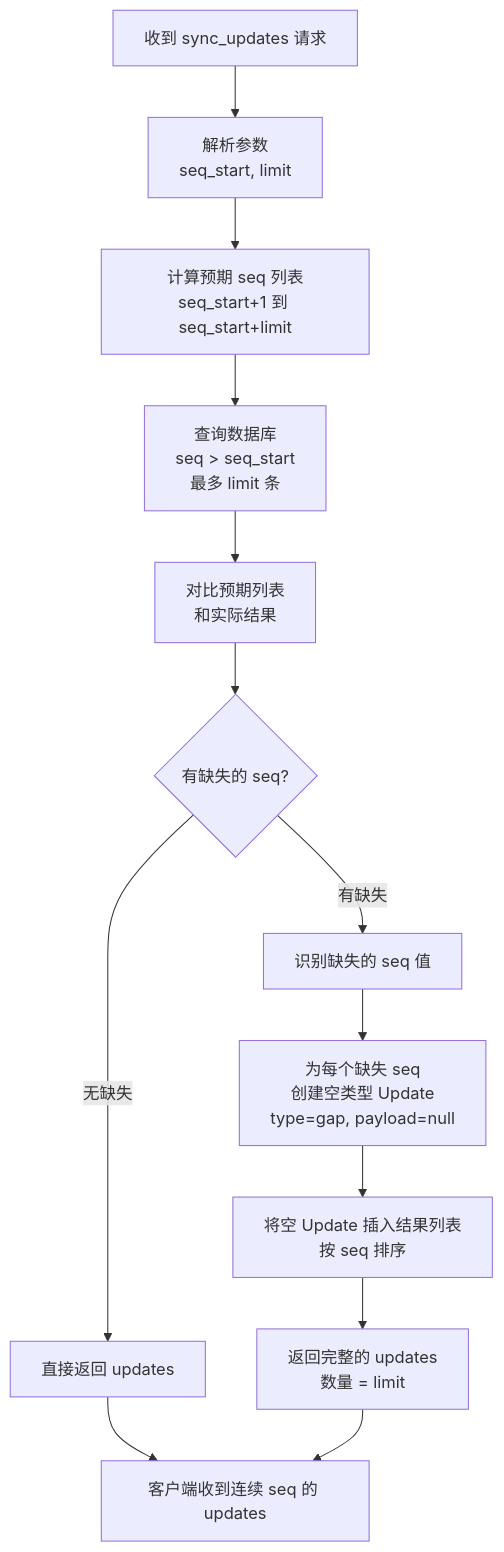
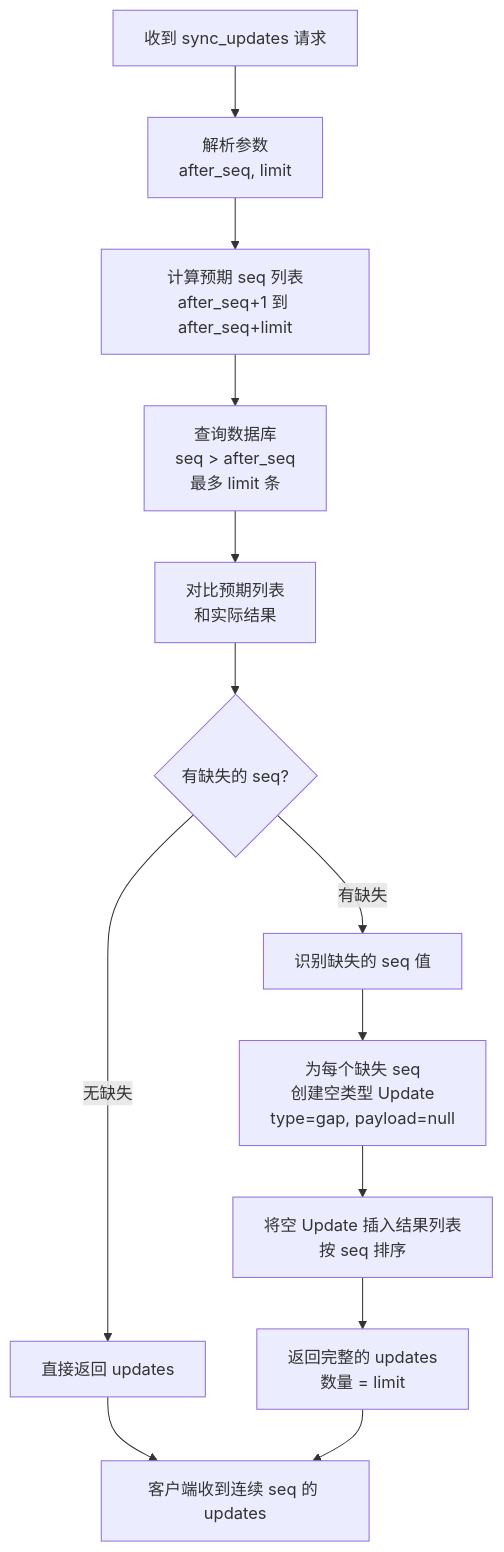
The fourth of 6 diagrams in docs/plans/2026-07-08-xyncra-client-design.md (PineappleBond/xyncra-server), drawn with Mermaid before and after one commit. The commit also changed other lines of this file, not shown here.

````diff
--- a/docs/plans/2026-07-08-xyncra-client-design.md
+++ b/docs/plans/2026-07-08-xyncra-client-design.md
@@ -260,18 +261,18 @@
 ```mermaid
 flowchart TD
-    A[收到 sync_updates 请求] --> B[解析参数<br/>seq_start, limit]
-    B --> C[计算预期 seq 列表<br/>seq_start+1 到 seq_start+limit]
-    C --> D[查询数据库<br/>seq > seq_start<br/>最多 limit 条]
+    A[收到 sync_updates 请求] --> B[解析参数<br/>after_seq, limit]
+    B --> C[计算预期 seq 列表<br/>after_seq+1 到 after_seq+limit]
+    C --> D[查询数据库<br/>seq > after_seq<br/>最多 limit 条]
     D --> E[对比预期列表<br/>和实际结果]
     E --> F{有缺失的 seq?}
     
     F -->|无缺失| G[直接返回 updates]
     
     F -->|有缺失| H[识别缺失的 seq 值]
     H --> I[为每个缺失 seq<br/>创建空类型 Update<br/>type=gap, payload=null]
     I --> J[将空 Update 插入结果列表<br/>按 seq 排序]
     J --> K[返回完整的 updates<br/>数量 = limit]
     
     G --> L[客户端收到连续 seq 的 updates]
     K --> L
 ```
````
